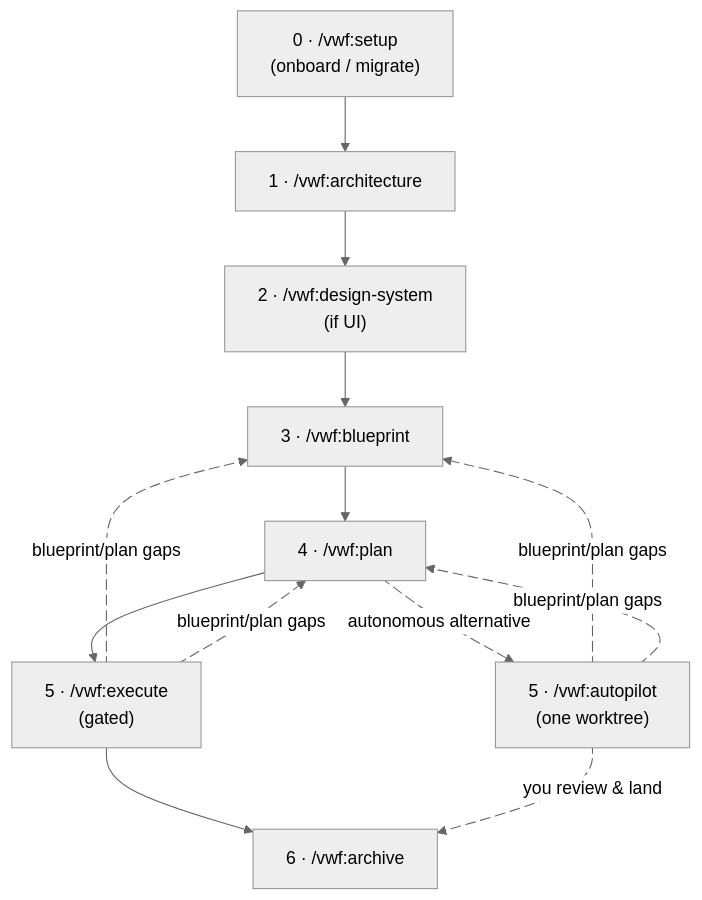
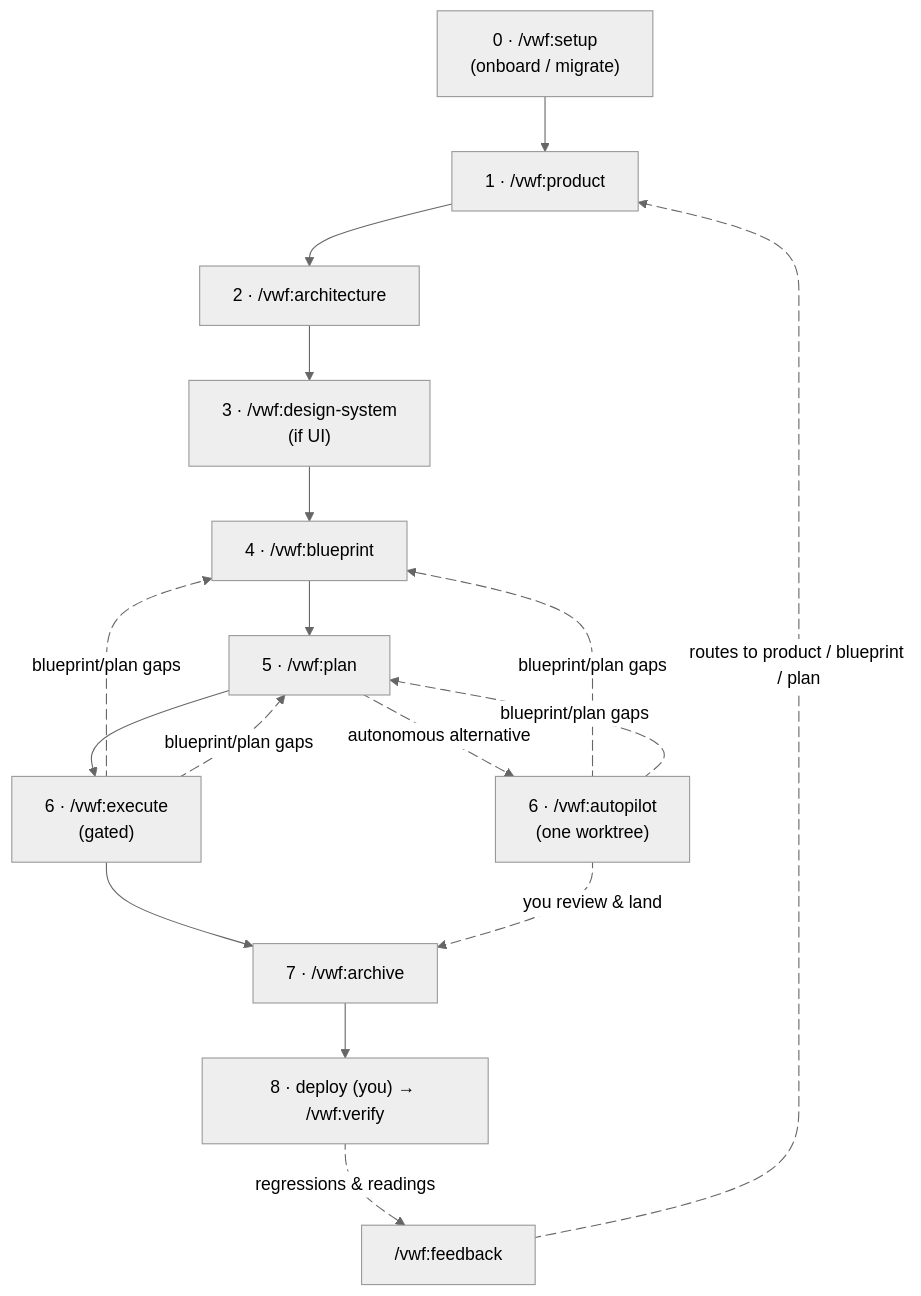
The first of 2 diagrams in readme.md (virajp/ai-plugins), drawn with Mermaid (neutral theme) before and after one commit. The commit also changed other lines of this file and 28 other files, not shown here.

First line of the commit message:
feat(vwf): add product/verify/feedback loop, acceptance+ux gates, harness contract

````diff
--- a/readme.md
+++ b/readme.md
@@ -127,21 +133,27 @@
 ```mermaid
 flowchart TD
-    Z["0 · /vwf:setup<br/>(onboard / migrate)"] --> A["1 · /vwf:architecture"]
-    A --> DS["2 · /vwf:design-system<br/>(if UI)"]
-    DS --> B["3 · /vwf:blueprint"]
-    B --> C["4 · /vwf:plan"]
-    C --> D["5 · /vwf:execute<br/>(gated)"]
-    C e1@-. "autonomous alternative" .-> F["5 · /vwf:autopilot<br/>(one worktree)"]
-    D --> E["6 · /vwf:archive"]
+    Z["0 · /vwf:setup<br/>(onboard / migrate)"] --> P["1 · /vwf:product"]
+    P --> A["2 · /vwf:architecture"]
+    A --> DS["3 · /vwf:design-system<br/>(if UI)"]
+    DS --> B["4 · /vwf:blueprint"]
+    B --> C["5 · /vwf:plan"]
+    C --> D["6 · /vwf:execute<br/>(gated)"]
+    C e1@-. "autonomous alternative" .-> F["6 · /vwf:autopilot<br/>(one worktree)"]
+    D --> E["7 · /vwf:archive"]
     F e2@-. "you review & land" .-> E
+    E --> V["8 · deploy (you) → /vwf:verify"]
+    V e7@-. "regressions & readings" .-> FB["/vwf:feedback"]
+    FB e8@-. "routes to product / blueprint / plan" .-> P
     D e3@-. "blueprint/plan gaps" .-> B
     D e4@-. "blueprint/plan gaps" .-> C
     F e5@-. "blueprint/plan gaps" .-> B
     F e6@-. "blueprint/plan gaps" .-> C
     e1@{ animate: true }
     e2@{ animate: true }
     e3@{ animate: true }
     e4@{ animate: true }
     e5@{ animate: true }
     e6@{ animate: true }
+    e7@{ animate: true }
+    e8@{ animate: true }
 ```
````
